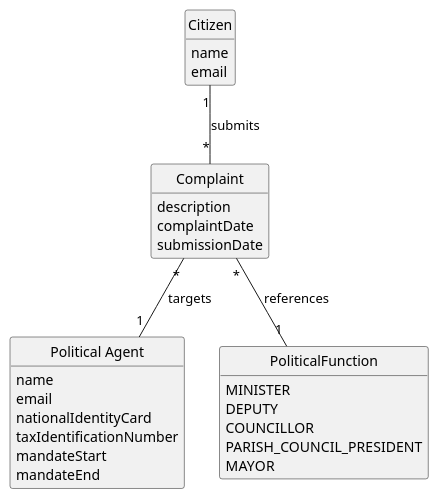
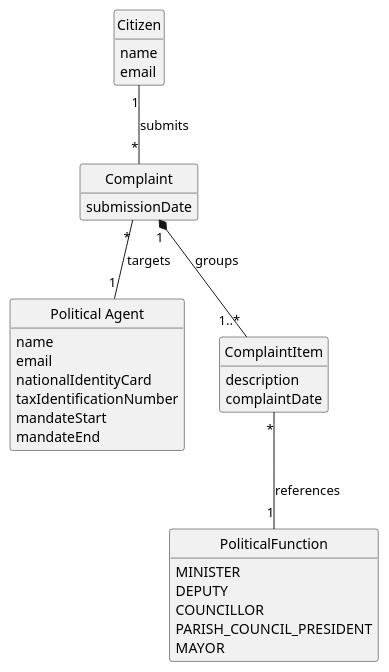
One commit to brunodspinto/crystal-clear-platform changed the diagram in docs/system-documentation/US12/02.analysis/puml/US12-DM.puml. Above: the diagram before and after it, drawn with PlantUML. The commit also changed 11 other files, not shown here.

```diff
--- a/docs/system-documentation/US12/02.analysis/puml/US12-DM.puml
+++ b/docs/system-documentation/US12/02.analysis/puml/US12-DM.puml
@@ -1,42 +1,46 @@
 @startuml US12-DM
 skinparam monochrome true
 skinparam packageStyle rectangle
 skinparam shadowing false
 skinparam classAttributeIconSize 0
 
 hide circle
 hide methods
 
 class Citizen {
     name
     email
 }
 
 class "Political Agent" as PoliticalAgent {
     name
     email
     nationalIdentityCard
     taxIdentificationNumber
     mandateStart
     mandateEnd
 }
 
 class Complaint {
+    submissionDate
+}
+
+class ComplaintItem {
     description
     complaintDate
-    submissionDate
 }
 
 enum PoliticalFunction {
     MINISTER
     DEPUTY
     COUNCILLOR
     PARISH_COUNCIL_PRESIDENT
     MAYOR
 }
 
 Citizen "1" -- "*" Complaint : submits
 Complaint "*" -- "1" PoliticalAgent : targets
-Complaint "*" -- "1" PoliticalFunction : references
+Complaint "1" *-- "1..*" ComplaintItem : groups
+ComplaintItem "*" -- "1" PoliticalFunction : references
 
 @enduml
```
